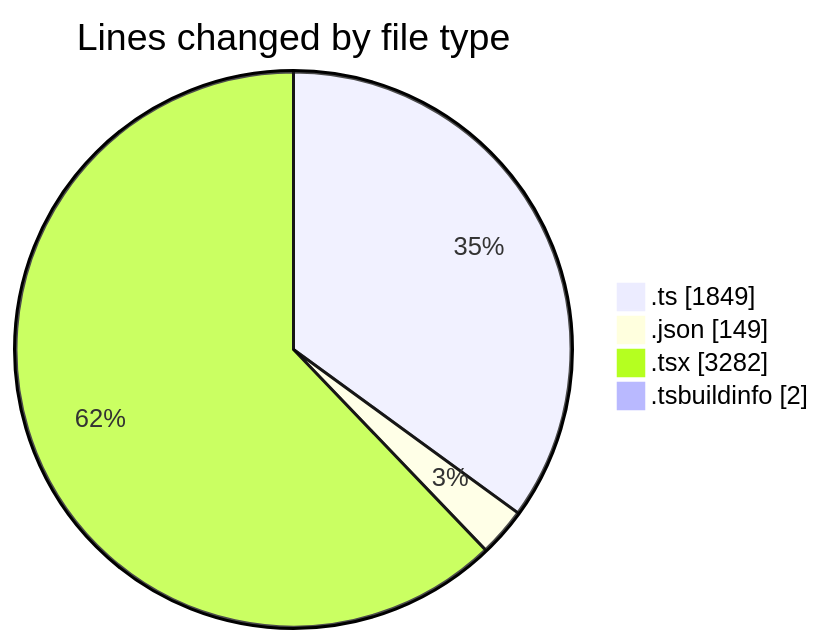
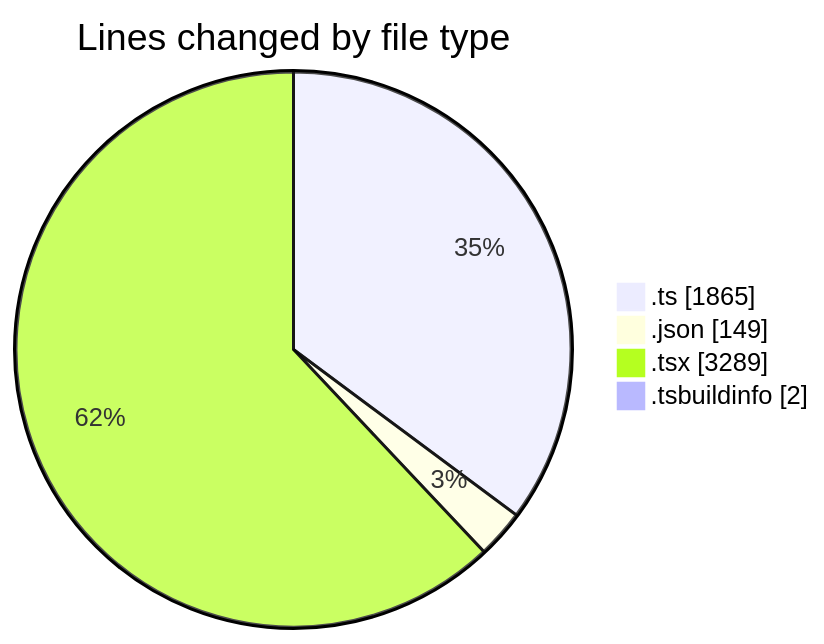
The first of 2 diagrams in 2025-02-20/mbc-web/README.md (robertbonfada/code-tracking), drawn with Mermaid before and after one commit. The commit also changed other lines of this file and 1 other file, not shown here.

````diff
--- a/2025-02-20/mbc-web/README.md
+++ b/2025-02-20/mbc-web/README.md
@@ -47,8 +48,8 @@
 ```mermaid
 pie showData
 title Lines changed by file type
-".ts" : 1849
+".ts" : 1865
 ".json" : 149
-".tsx" : 3282
+".tsx" : 3289
 ".tsbuildinfo" : 2
 ```
````
